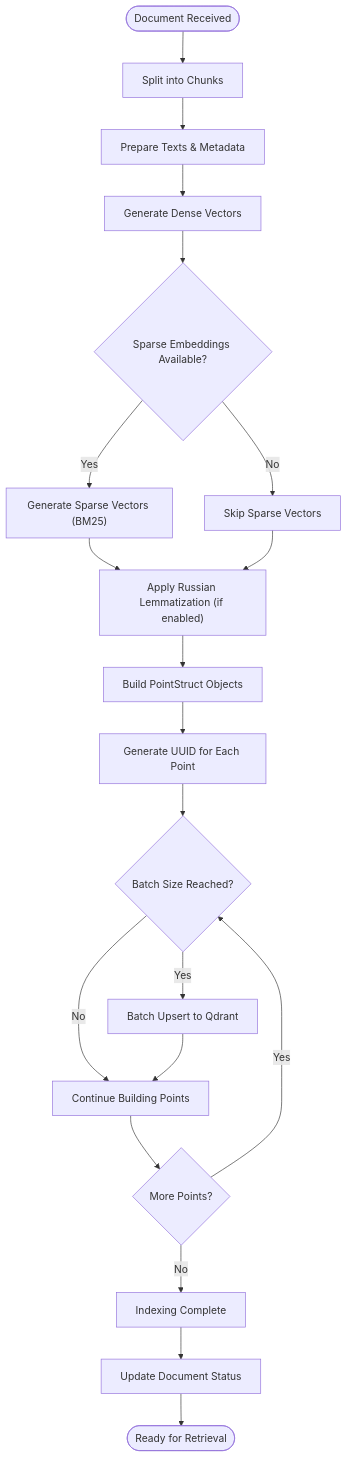
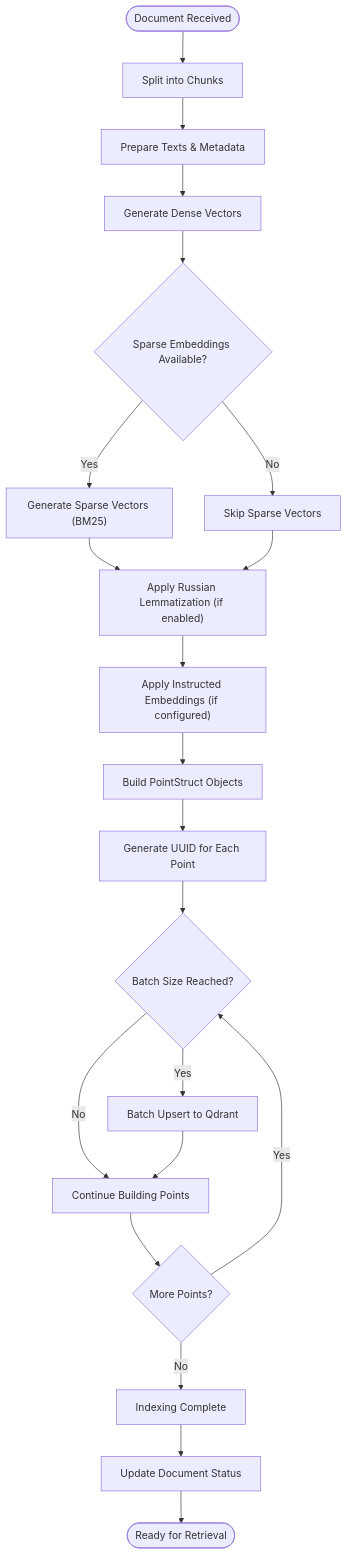
Before and after one commit to ognelis/cafetera_hr_bot: diagram 17 of 24 in .qoder/repowiki/en/content/API Reference/RAG Microservice Architecture.md, drawn with Mermaid. The commit also changed other lines of this file and 10 other files, not shown here.

````diff
--- a/.qoder/repowiki/en/content/API Reference/RAG Microservice Architecture.md
+++ b/.qoder/repowiki/en/content/API Reference/RAG Microservice Architecture.md
@@ -855,22 +891,23 @@
 ```mermaid
 flowchart TD
 Start(["Document Received"]) --> Split["Split into Chunks"]
 Split --> Prepare["Prepare Texts & Metadata"]
 Prepare --> Embed["Generate Dense Vectors"]
 Embed --> SparseCheck{"Sparse Embeddings Available?"}
 SparseCheck --> |Yes| Sparse["Generate Sparse Vectors (BM25)"]
 SparseCheck --> |No| SkipSparse["Skip Sparse Vectors"]
 Sparse --> RussianPreprocess["Apply Russian Lemmatization (if enabled)"]
 SkipSparse --> RussianPreprocess
-RussianPreprocess --> BuildPoints["Build PointStruct Objects"]
+RussianPreprocess --> InstructedEmbeddings["Apply Instructed Embeddings (if configured)"]
+InstructedEmbeddings --> BuildPoints["Build PointStruct Objects"]
 BuildPoints --> UUIDGen["Generate UUID for Each Point"]
 UUIDGen --> BatchSize{"Batch Size Reached?"}
 BatchSize --> |No| Continue["Continue Building Points"]
 BatchSize --> |Yes| BatchUpsert["Batch Upsert to Qdrant"]
 BatchUpsert --> Continue
 Continue --> More{"More Points?"}
 More --> |Yes| BatchSize
 More --> |No| Complete["Indexing Complete"]
 Complete --> UpdateDB["Update Document Status"]
 UpdateDB --> End(["Ready for Retrieval"])
 ```
````
